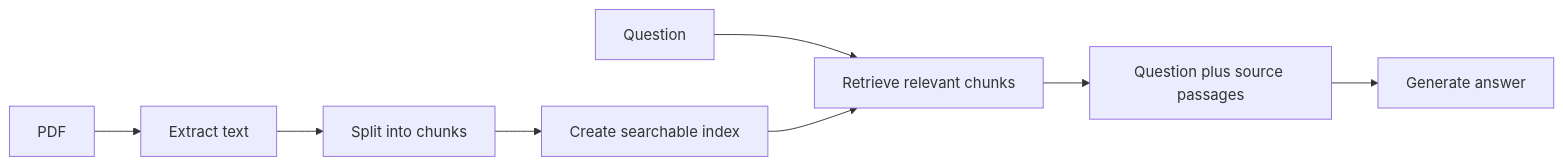
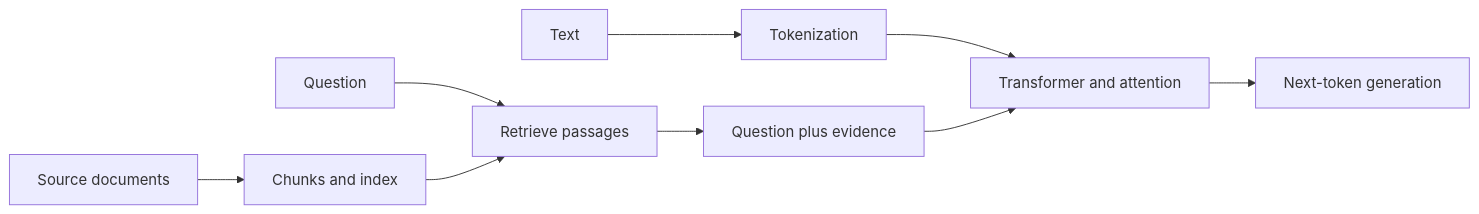
One commit to devgpt0/S2DNotes changed the second of 2 diagrams in learnings/ai/workshop/notes/day_1_nlp_llms_rag.md. Above: the diagram before and after it, drawn with Mermaid. The commit also changed other lines of this file and 2 other files, not shown here.

````diff
--- a/learnings/ai/workshop/notes/day_1_nlp_llms_rag.md
+++ b/learnings/ai/workshop/notes/day_1_nlp_llms_rag.md
@@ -229,8 +387,11 @@
 ```mermaid
 flowchart LR
-  PDF --> Extract[Extract text] --> Chunk[Split into chunks] --> Index[Create searchable index]
-  Question --> Retrieve[Retrieve relevant chunks]
-  Index --> Retrieve
-  Retrieve --> Context[Question plus source passages]
-  Context --> LLM[Generate answer]
+  Text --> Tokens[Tokenization]
+  Tokens --> Model[Transformer and attention]
+  Model --> Next[Next-token generation]
+  Docs[Source documents] --> Chunks[Chunks and index]
+  Question --> Search[Retrieve passages]
+  Chunks --> Search
+  Search --> Context[Question plus evidence]
+  Context --> Model
 ```
````
